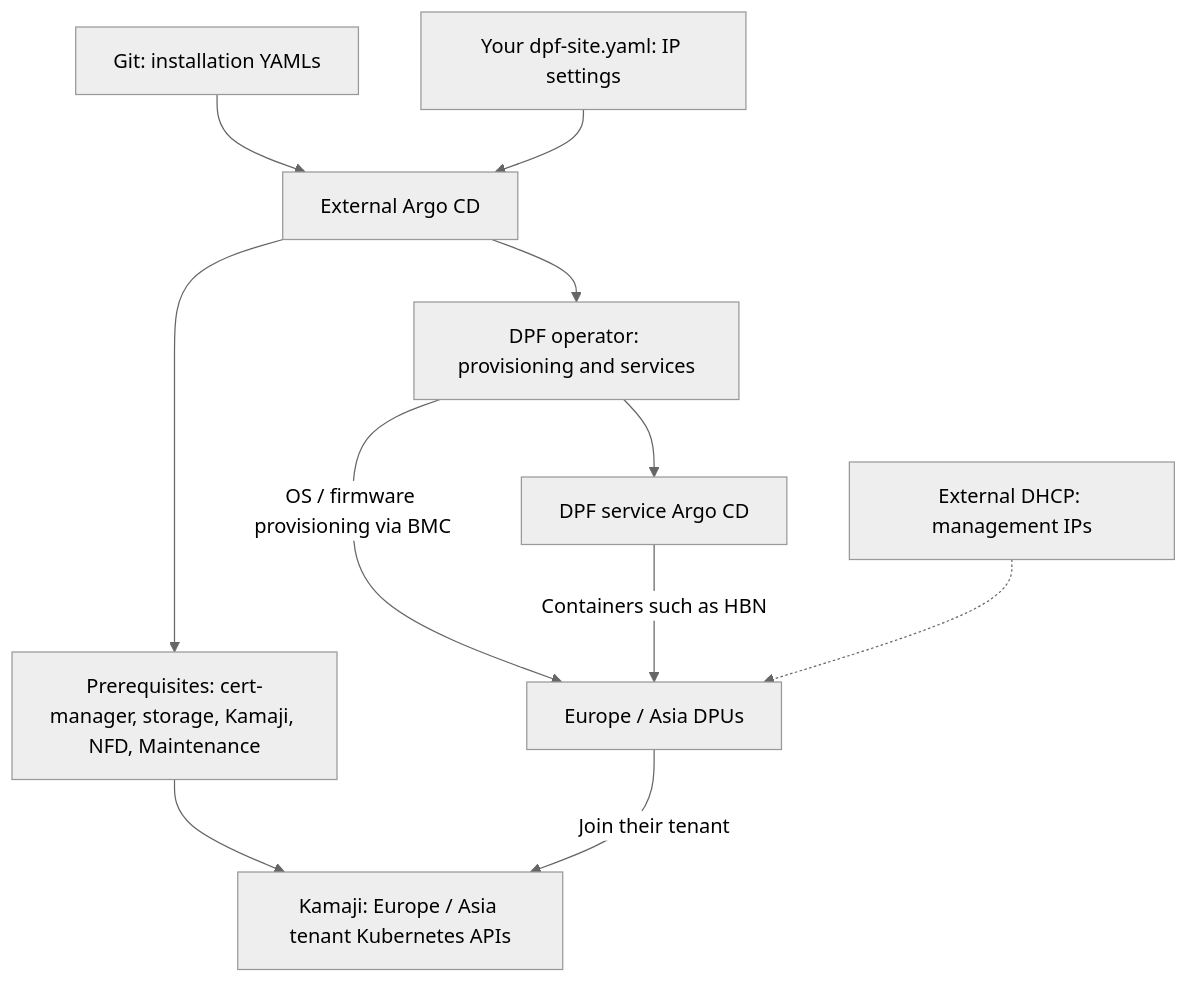
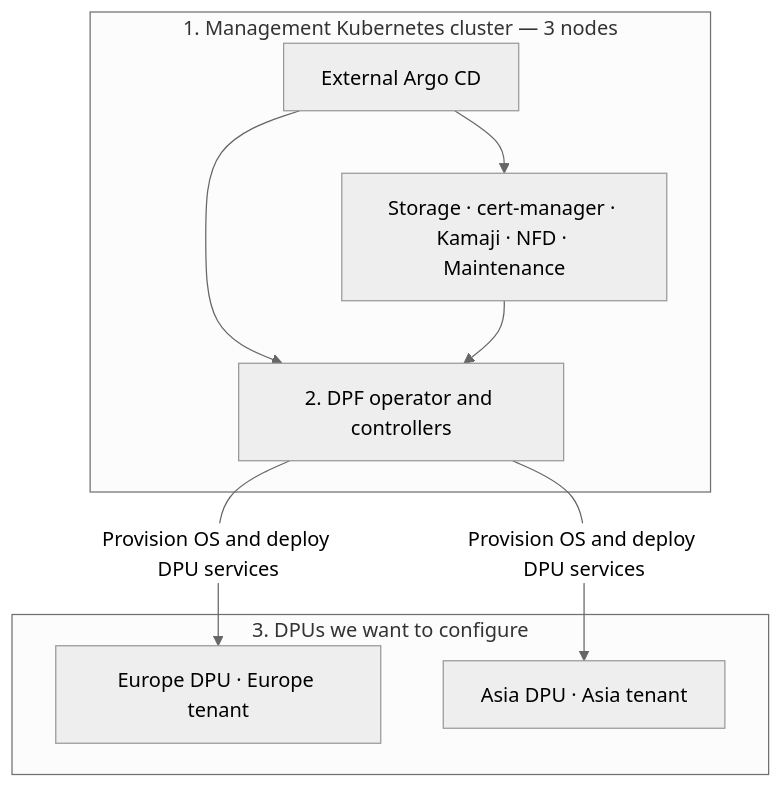
The diagram in DPF/README.md (kirson-git/dsx-os), drawn with Mermaid (neutral theme) before and after one commit. The commit also changed other lines of this file and 20 other files, not shown here.

Commit message:
Simplify DPF site configuration and add optional reserved-client DHCP

````diff
--- a/DPF/README.md
+++ b/DPF/README.md
@@ -14,13 +9,17 @@
 ```mermaid
-flowchart TD
-    Git["Git: installation YAMLs"] --> Argo["External Argo CD"]
-    Site["Your dpf-site.yaml: IP settings"] --> Argo
-    Argo --> Prereqs["Prerequisites: cert-manager, storage, Kamaji, NFD, Maintenance"]
-    Argo --> DPF["DPF operator: provisioning and services"]
-    Prereqs --> Tenants["Kamaji: Europe / Asia tenant Kubernetes APIs"]
-    DPF -->|"OS / firmware provisioning via BMC"| DPUs["Europe / Asia DPUs"]
-    DPF --> ServiceArgo["DPF service Argo CD"]
-    ServiceArgo -->|"Containers such as HBN"| DPUs
-    DPUs -->|"Join their tenant"| Tenants
-    DHCP["External DHCP: management IPs"] -.-> DPUs
+flowchart TB
+    subgraph K8S["1. Management Kubernetes cluster — 3 nodes"]
+        Argo["External Argo CD"]
+        Prereqs["Storage · cert-manager · Kamaji · NFD · Maintenance"]
+        DPF["2. DPF operator and controllers"]
+        Argo --> Prereqs
+        Argo --> DPF
+        Prereqs --> DPF
+    end
+    subgraph Devices["3. DPUs we want to configure"]
+        Europe["Europe DPU · Europe tenant"]
+        Asia["Asia DPU · Asia tenant"]
+    end
+    DPF -->|"Provision OS and deploy DPU services"| Europe
+    DPF -->|"Provision OS and deploy DPU services"| Asia
 ```
````
